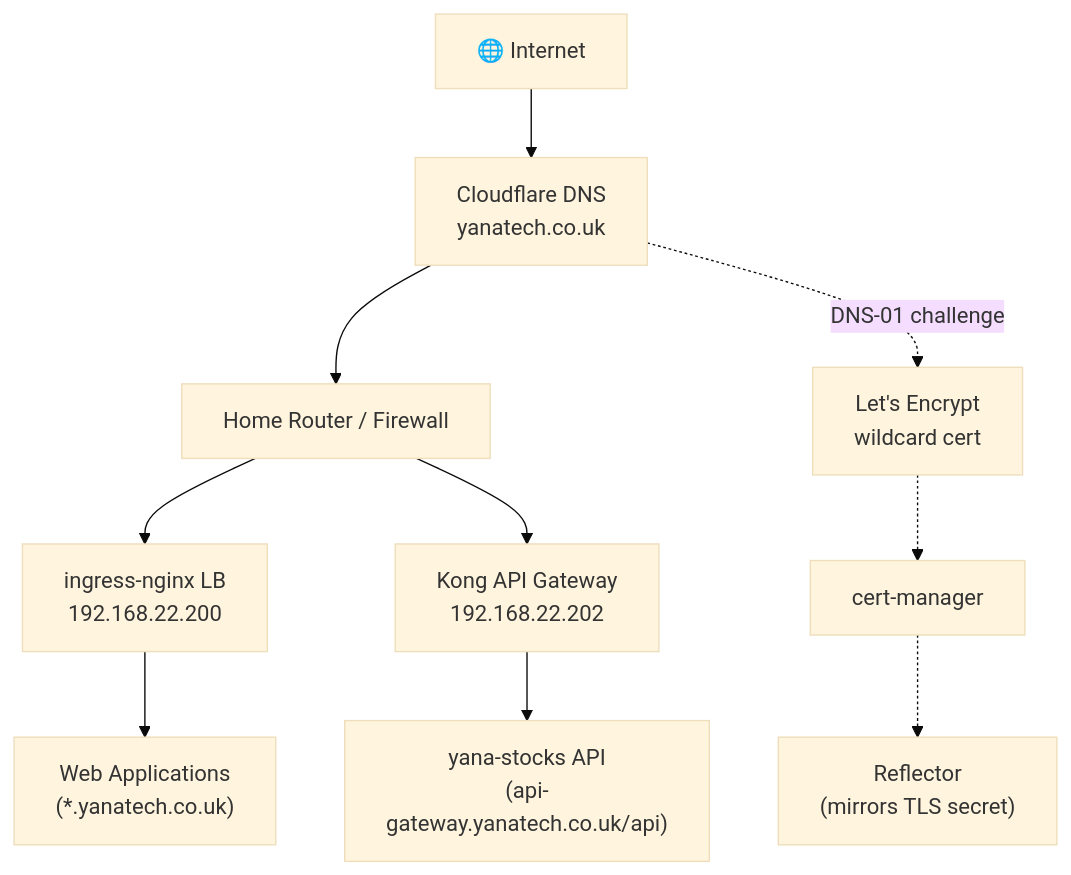
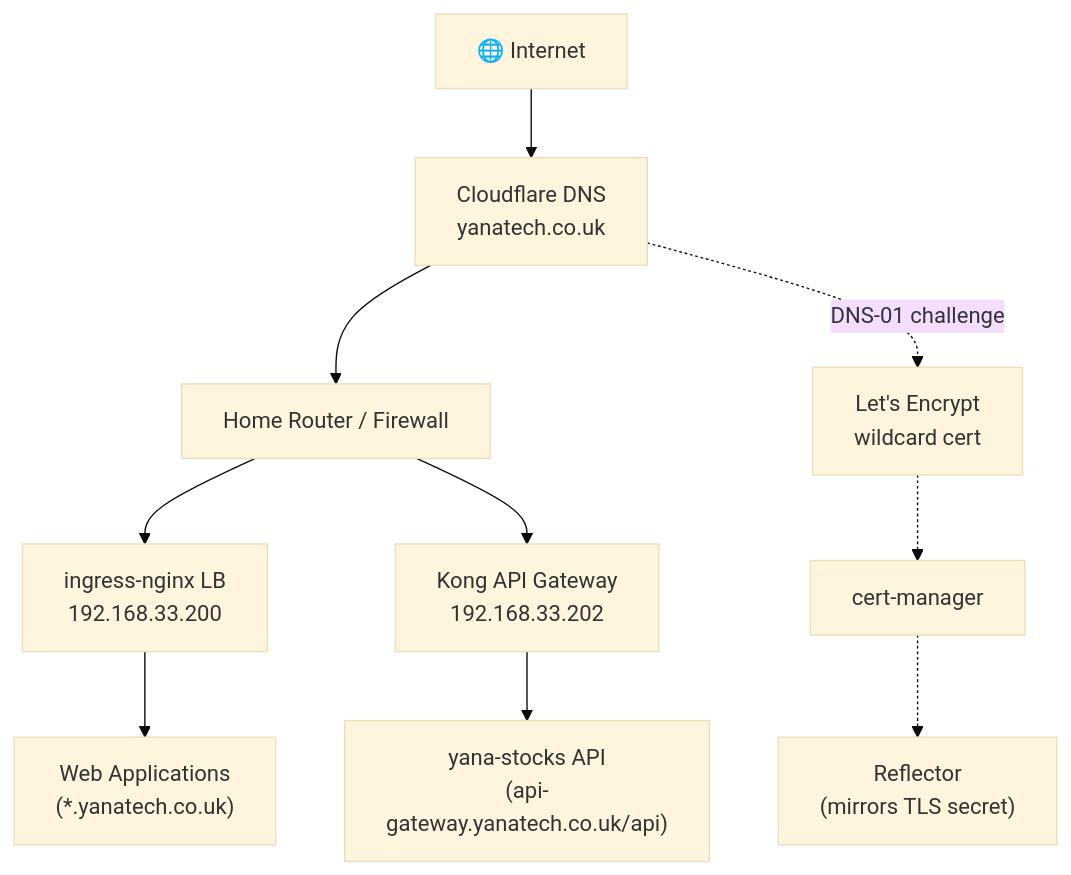
Before and after one commit to akann/k8s-apps: the first of 12 diagrams in README.md, drawn with Mermaid (base theme). The commit also changed other lines of this file and 4 other files, not shown here.

````diff
--- a/README.md
+++ b/README.md
@@ -39,14 +39,14 @@
 ```mermaid
 graph TB
     Internet["🌐 Internet"] --> CF["Cloudflare DNS<br/>yanatech.co.uk"]
     CF --> Router["Home Router / Firewall"]
-    Router --> NginxLB["ingress-nginx LB<br/>192.168.22.200"]
-    Router --> KongLB["Kong API Gateway<br/>192.168.22.202"]
+    Router --> NginxLB["ingress-nginx LB<br/>192.168.33.200"]
+    Router --> KongLB["Kong API Gateway<br/>192.168.33.202"]
 
     NginxLB --> Apps["Web Applications<br/>(*.yanatech.co.uk)"]
     KongLB --> YanaAPI["yana-stocks API<br/>(api-gateway.yanatech.co.uk/api)"]
 
     CF -.->|"DNS-01 challenge"| LE["Let's Encrypt<br/>wildcard cert"]
     LE -.-> CM["cert-manager"]
     CM -.-> Reflector["Reflector<br/>(mirrors TLS secret)"]
 ```
````
